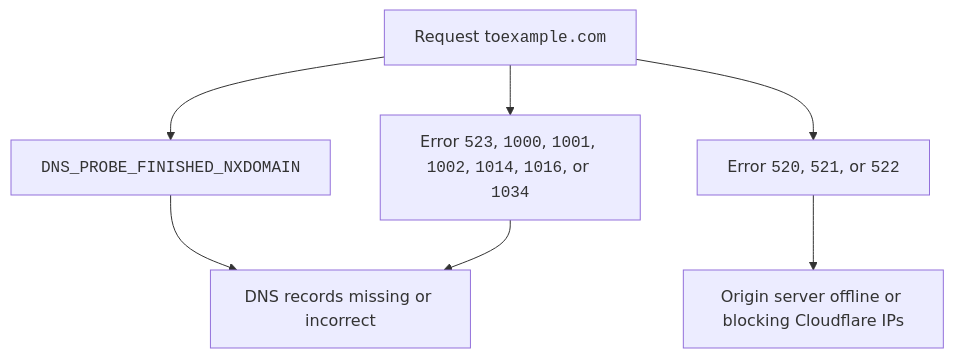
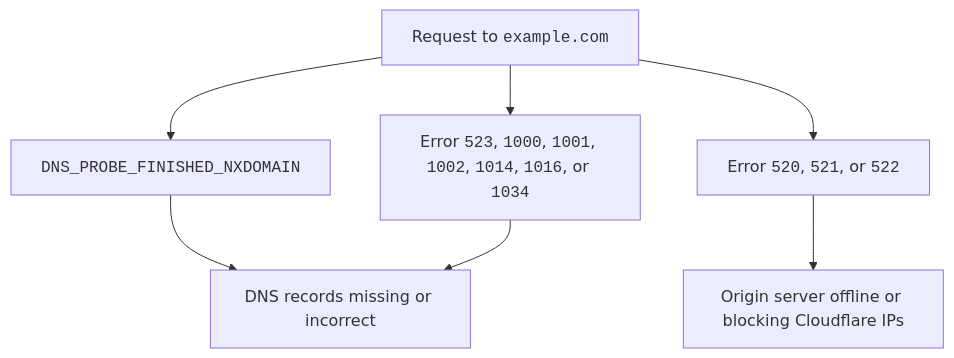
Before and after one commit to cloudflare/cloudflare-docs: the diagram in content/learning-paths/modules/get-started/onboarding/check-dns.md, drawn with Mermaid. The commit also changed other lines of this file and 1 other file, not shown here.

Commit message:
Finished first unit

````diff
--- a/content/learning-paths/modules/get-started/onboarding/check-dns.md
+++ b/content/learning-paths/modules/get-started/onboarding/check-dns.md
@@ -33,10 +33,10 @@
 ```mermaid
 flowchart TD
 accTitle: Potential DNS resolution issues
-A[Request to<code>example.com</code>] --> B[<code>DNS_PROBE_FINISHED_NXDOMAIN</code>]
+A[Request to <code>example.com</code>] --> B[<code>DNS_PROBE_FINISHED_NXDOMAIN</code>]
 B --> C[DNS records missing or incorrect]
 A --> D[Error <code>520</code>, <code>521</code>, or <code>522</code>]
 D --> E[Origin server offline or blocking Cloudflare IPs]
 A --> F[Error <code>523</code>, <code>1000</code>, <code>1001</code>, <code>1002</code>, <code>1014</code>, <code>1016</code>, or <code>1034</code>]
 F --> C
 ```
````
